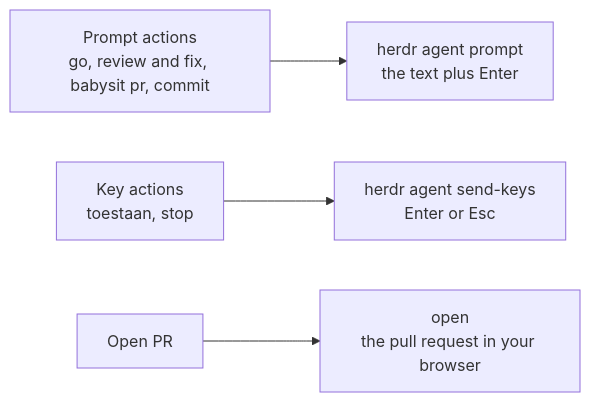
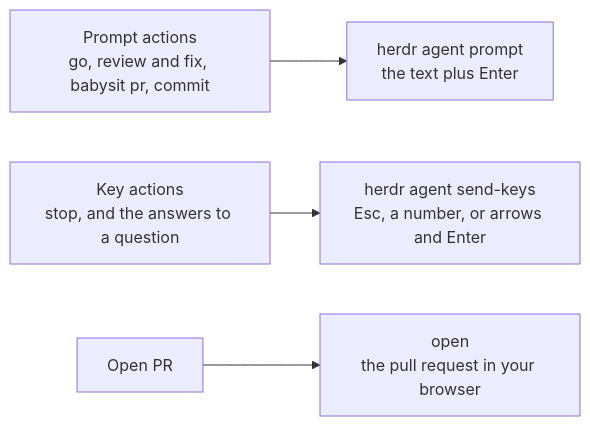
The fifth of 7 diagrams in docs/flows.md (PieterLuypaert/helm), drawn with Mermaid before and after one commit. The commit also changed other lines of this file and 5 other files, not shown here.

````diff
--- a/docs/flows.md
+++ b/docs/flows.md
@@ -140,6 +148,6 @@
 ```mermaid
 flowchart LR
     prompt["Prompt actions<br/>go, review and fix, babysit pr, commit"] --> promptCmd["herdr agent prompt<br/>the text plus Enter"]
-    keysAction["Key actions<br/>toestaan, stop"] --> keysCmd["herdr agent send-keys<br/>Enter or Esc"]
+    keysAction["Key actions<br/>stop, and the answers to a question"] --> keysCmd["herdr agent send-keys<br/>Esc, a number, or arrows and Enter"]
     openPr["Open PR"] --> openCmd["open<br/>the pull request in your browser"]
 ```
````
